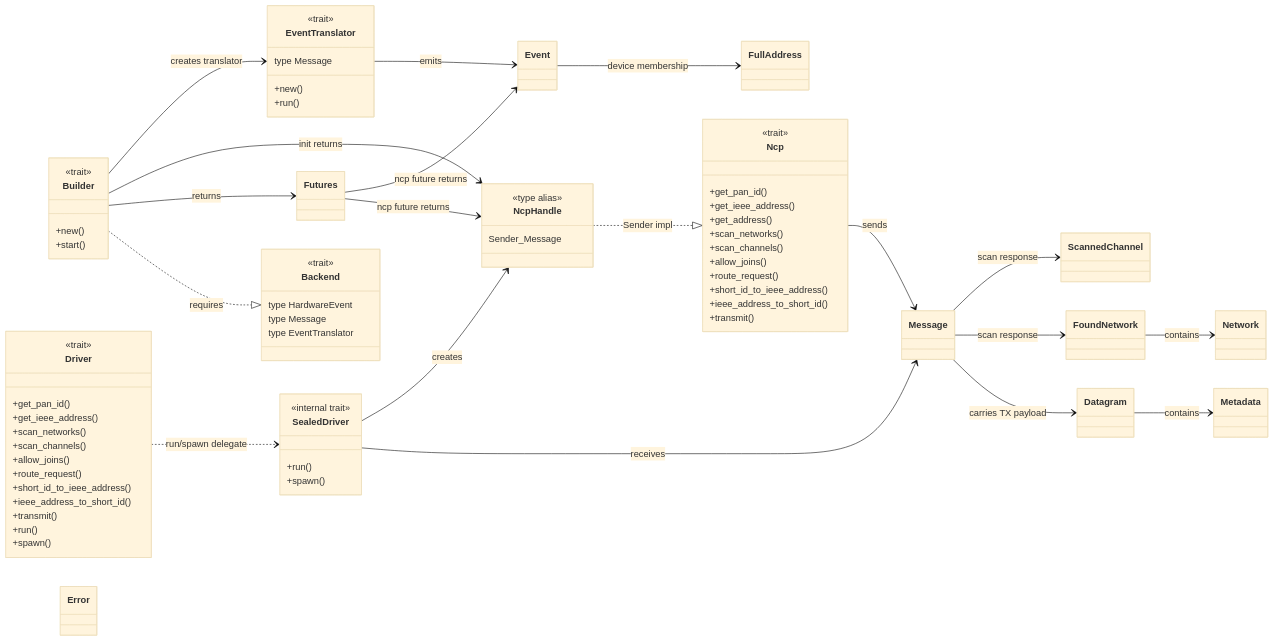
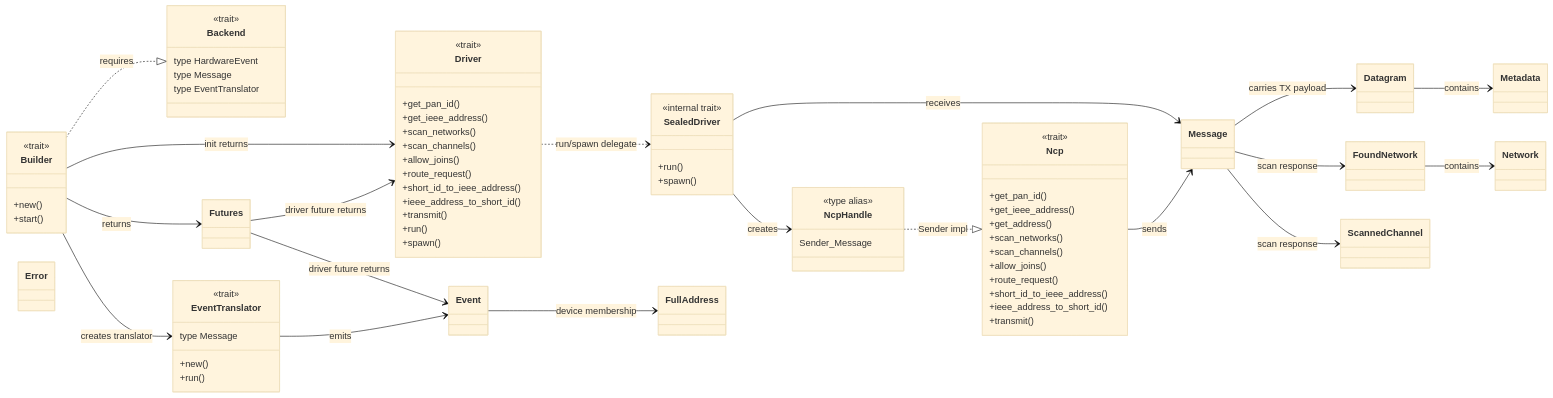
One commit to PaulmannLighting/apis-saltans changed the first of 4 diagrams in hw/ARCHITECTURE.md. Above: the diagram before and after it, drawn with Mermaid (base theme). The commit also changed other lines of this file and 3 other files, not shown here.

```diff
--- a/hw/ARCHITECTURE.md
+++ b/hw/ARCHITECTURE.md
@@ -141,10 +141,10 @@
 
     Builder ..|> Backend : requires
     Builder --> Futures : returns
-    Builder --> NcpHandle : init returns
+    Builder --> Driver : init returns
     Builder --> EventTranslator : creates translator
-    Futures --> NcpHandle : ncp future returns
-    Futures --> Event : ncp future returns
+    Futures --> Driver : driver future returns
+    Futures --> Event : driver future returns
     Event --> FullAddress : device membership
     EventTranslator --> Event : emits
     Driver ..> SealedDriver : run/spawn delegate
```
